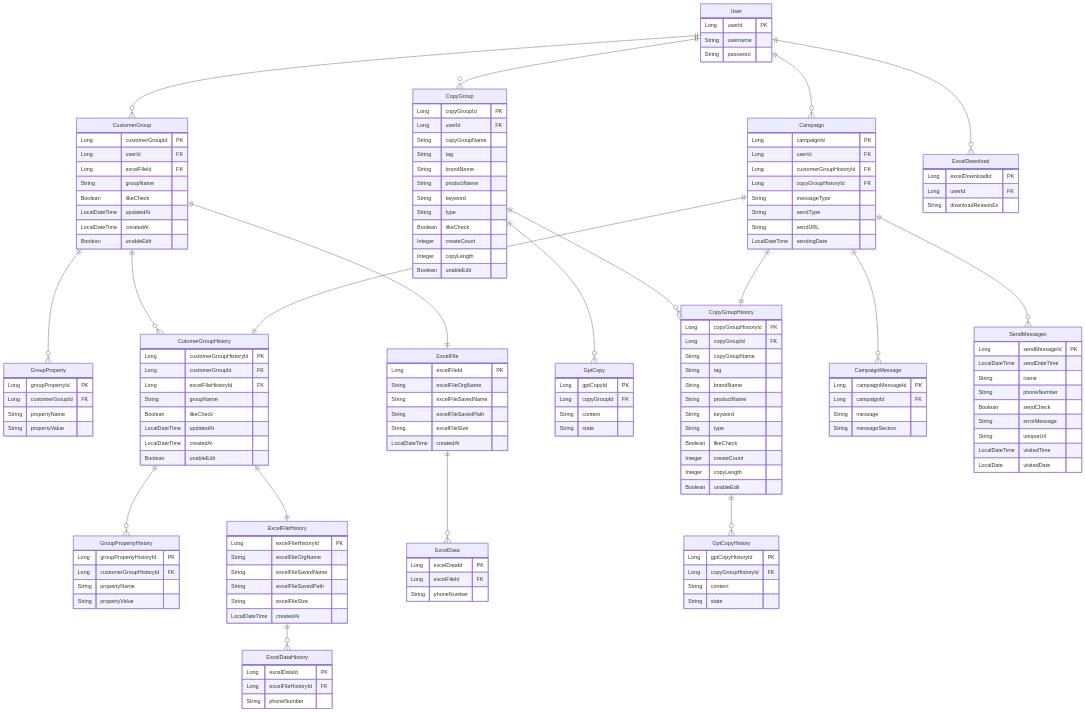
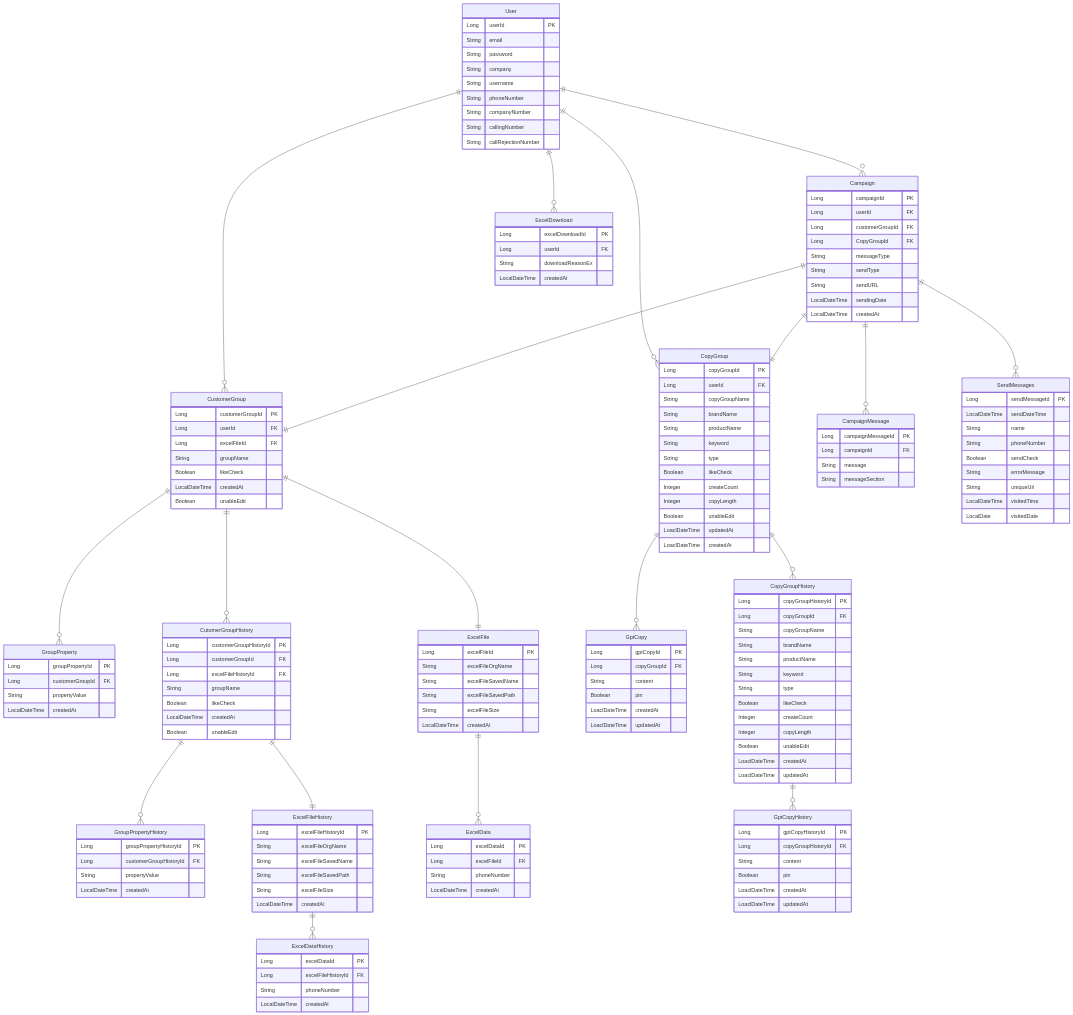
The diagram in README.md (swcamp-teamP03/Backend), drawn with Mermaid before and after one commit.

````diff
--- a/README.md
+++ b/README.md
@@ -86,7 +86,7 @@
 ```mermaid
 erDiagram
-  User ||--o{ CustomerGroup : ""
-  User ||--o{ CopyGroup : ""
+	User ||--o{ CustomerGroup : ""
+  	User ||--o{ CopyGroup : ""
 	User ||--o{ Campaign : ""
 	User ||--o{ ExcelDownload : ""
 	CustomerGroup  ||--o{ GroupProperty : ""
@@ -101,22 +101,27 @@
 	CopyGroupHistory ||--o{ GptCopyHistory : ""
 	Campaign ||--o{ CampaignMessage : ""
 	Campaign ||--o{ SendMessages : ""
-	Campaign ||--|| CutomerGroupHistory  : ""
-	Campaign ||--|| CopyGroupHistory : ""
+	Campaign ||--|| CustomerGroup  : ""
+	Campaign ||--|| CopyGroup : ""
 
 
 	User {
 		Long userId PK
+		String email
+		String password
+		String company
 		String username
-		String password
+		String phoneNumber
+		String companyNumber
+		String callingNumber
+		String callRejectionNumber
 	}
 	CustomerGroup {
 		Long customerGroupId PK
-		Long userId FK
+    		Long userId FK
 		Long excelFileId FK
 		String groupName
 		Boolean likeCheck
-		LocalDateTime updatedAt
 		LocalDateTime createdAt
 		Boolean unableEdit
 	}
@@ -126,22 +131,21 @@
 		Long excelFileHistoryId FK
 		String groupName
 		Boolean likeCheck
-		LocalDateTime updatedAt
 		LocalDateTime createdAt
 		Boolean unableEdit
-	}
+ 	}
 	GroupProperty {
 		Long groupPropertyId PK
 		Long customerGroupId FK
-		String propertyName
 		String propertyValue
+		LocalDateTime createdAt
 	}
 	GroupPropertyHistory {
 		Long groupPropertyHistoryId PK
 		Long customerGroupHistoryId FK
-		String propertyName
 		String propertyValue
-	}
+		LocalDateTime createdAt
+  	}
 	ExcelFile {
 		Long excelFileId PK
 		String excelFileOrgName
@@ -162,17 +166,18 @@
 		Long excelDataId PK
 		Long excelFileId FK
 		String phoneNumber
+		LocalDateTime createdAt
 	}
 	ExcelDataHistory {
 		Long excelDataId PK
 		Long excelFileHistoryId FK
 		String phoneNumber
+		LocalDateTime createdAt
 	}
 	CopyGroup {
 		Long copyGroupId PK
-		Long userId FK
+   		Long userId FK
 		String copyGroupName
-		String tag
 		String brandName
 		String productName
 		String keyword
@@ -181,12 +186,13 @@
 		Integer createCount
 		Integer copyLength
 		Boolean unableEdit
+		LoaclDateTime updatedAt
+		LoaclDateTime createdAt
 	}
-		CopyGroupHistory {
+	CopyGroupHistory {
 		Long copyGroupHistoryId PK
 		Long copyGroupId FK
 		String copyGroupName
-		String tag
 		String brandName
 		String productName
 		String keyword
@@ -195,28 +201,35 @@
 		Integer createCount
 		Integer copyLength
 		Boolean unableEdit
+		LoaclDateTime createdAt
+		LoaclDateTime updatedAt
 	}
 	GptCopy {
 		Long gptCopyId PK
 		Long copyGroupId FK
 		String content
-		String state
+		Boolean pin
+		LoaclDateTime createdAt
+		LoaclDateTime updatedAt
 	}
 	GptCopyHistory {
 		Long gptCopyHistoryId PK
 		Long copyGroupHistoryId FK
 		String content
-		String state
+		Boolean pin
+		LoaclDateTime createdAt
+		LoaclDateTime updatedAt
 	}
 	Campaign {
 		Long campaignId PK
 		Long userId FK
-		Long customerGroupHistoryId FK
-		Long copyGroupHistoryId FK 
-	String messageType
+		Long customerGroupId FK
+		Long CopyGroupId FK 
+    		String messageType
 		String sendType
 		String sendURL
 		LocalDateTime sendingDate
+		LocalDateTime createdAt
 	}
 	CampaignMessage {
 		Long campaignMessageId PK
@@ -226,19 +239,20 @@
 	}
 	SendMessages {
 		Long sendMessageId PK
-	LocalDateTime sendDateTime
+    		LocalDateTime sendDateTime
 		String name
-		String phoneNumber
+	  String phoneNumber
 		Boolean sendCheck
 		String errorMessage
 		String uniqueUrl
-	LocalDateTime visitedTime
+    		LocalDateTime visitedTime
 		LocalDate visitedDate
 	}
 	ExcelDownload {
 		Long excelDownloadId PK
 		Long userId FK
 		String downloadReasonEx
+		LocalDateTime createdAt
 	}
 	
 	
````
